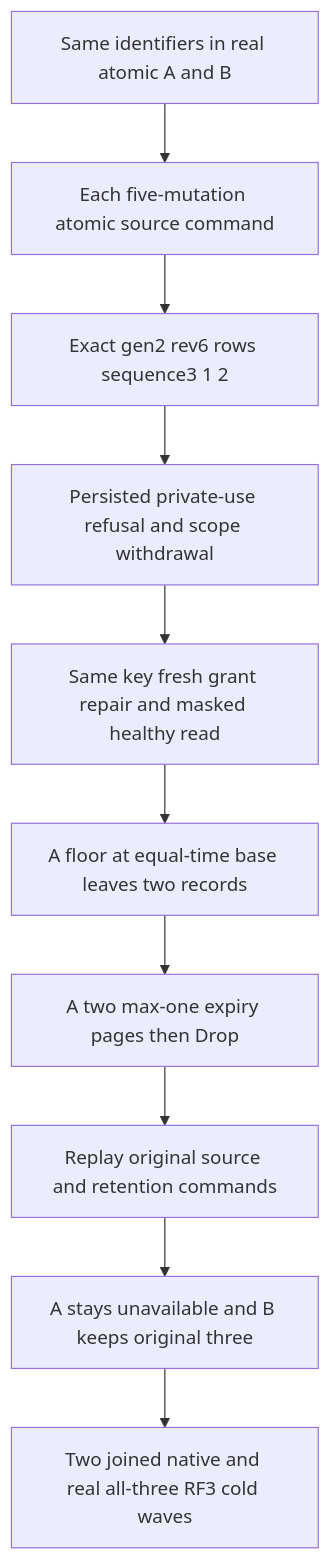
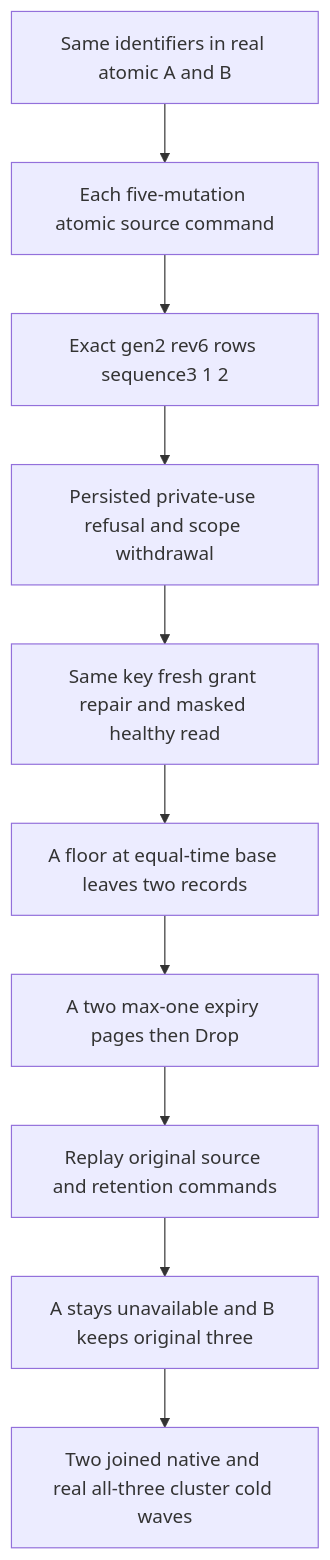
The diagram in docs/Features/TimeSeries/PartitionScopedChunkQualification.md (managedcode/KeyLoad), drawn with Mermaid before and after one commit. The commit also changed other lines of this file and 7356 other files, not shown here.

````diff
--- a/docs/Features/TimeSeries/PartitionScopedChunkQualification.md
+++ b/docs/Features/TimeSeries/PartitionScopedChunkQualification.md
@@ -19,12 +19,12 @@
 ```mermaid
 flowchart TD
     Seed[Same identifiers in real atomic A and B] --> Publish[Each five-mutation atomic source command]
     Publish --> Both[Exact gen2 rev6 rows sequence3 1 2]
     Both --> Policy[Persisted private-use refusal and scope withdrawal]
     Policy --> Repair[Same key fresh grant repair and masked healthy read]
     Repair --> Partial[A floor at equal-time base leaves two records]
     Partial --> Full[A two max-one expiry pages then Drop]
     Full --> Retry[Replay original source and retention commands]
     Retry --> Separate[A stays unavailable and B keeps original three]
-    Separate --> Cold[Two joined native and real all-three RF3 cold waves]
+    Separate --> Cold[Two joined native and real all-three cluster cold waves]
 ```
````
